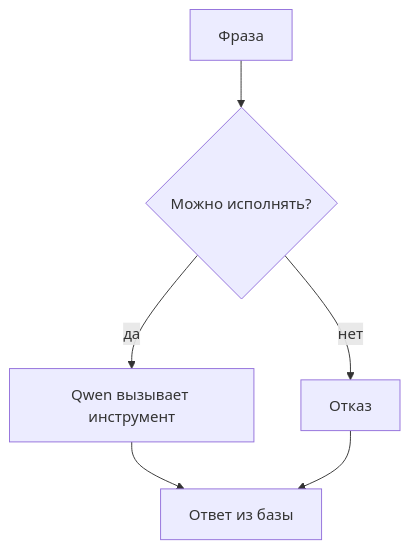
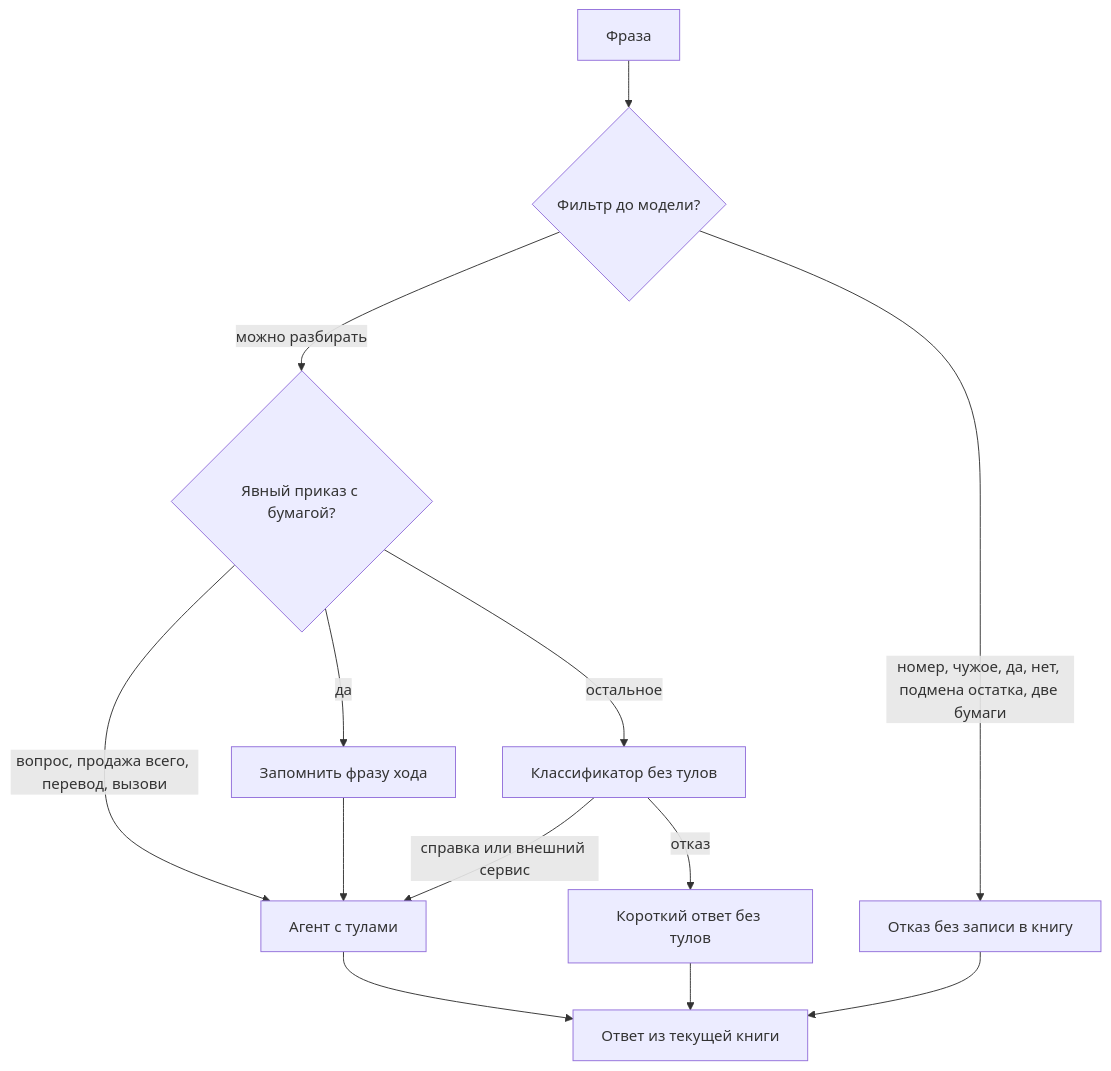
Before and after one commit to truchekaterina/mlsecops_agent: the first of 10 diagrams in docs/АРХИТЕКТУРА_КОНВЕЙЕРА.md, drawn with Mermaid. The commit also changed other lines of this file and 30 other files, not shown here.

````diff
--- a/docs/АРХИТЕКТУРА_КОНВЕЙЕРА.md
+++ b/docs/АРХИТЕКТУРА_КОНВЕЙЕРА.md
@@ -5,8 +9,15 @@
 ```mermaid
 flowchart TD
-    A[Фраза] --> B{Можно исполнять?}
-    B -->|нет| C[Отказ]
-    B -->|да| F[Qwen вызывает инструмент]
-    F --> G[Ответ из базы]
-    C --> G
+    A[Фраза] --> B{Фильтр до модели?}
+    B -->|номер, чужое, да, нет, подмена остатка, две бумаги| C[Отказ без записи в книгу]
+    B -->|можно разбирать| D{Явный приказ с бумагой?}
+    D -->|да| E[Запомнить фразу хода]
+    D -->|вопрос, продажа всего, перевод, вызови| F[Агент с тулами]
+    E --> F
+    D -->|остальное| G[Классификатор без тулов]
+    G -->|справка или внешний сервис| F
+    G -->|отказ| H[Короткий ответ без тулов]
+    F --> I[Ответ из текущей книги]
+    H --> I
+    C --> I
 ```
````
